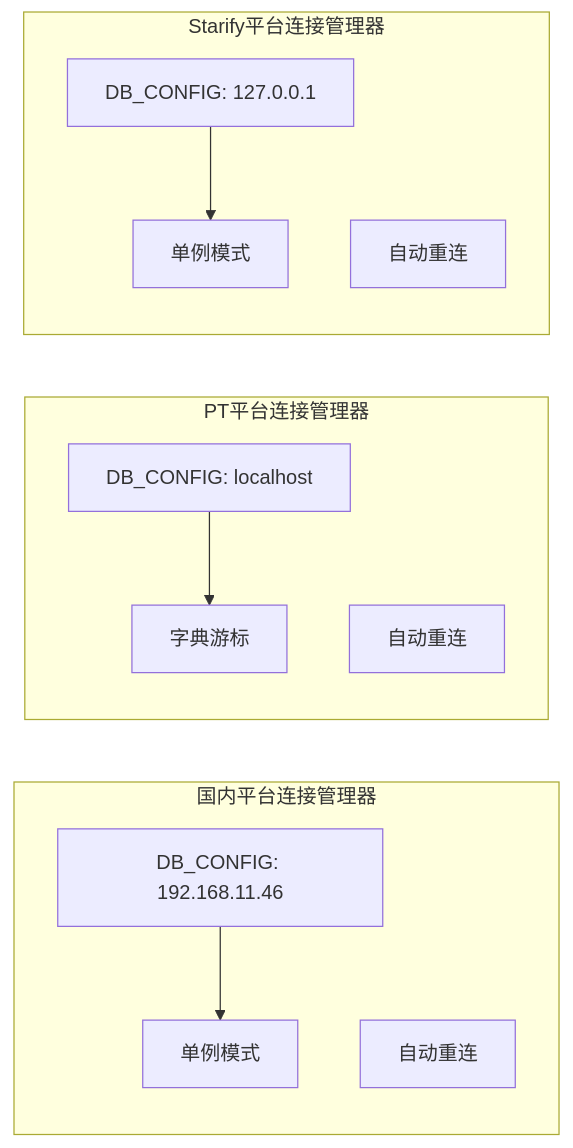
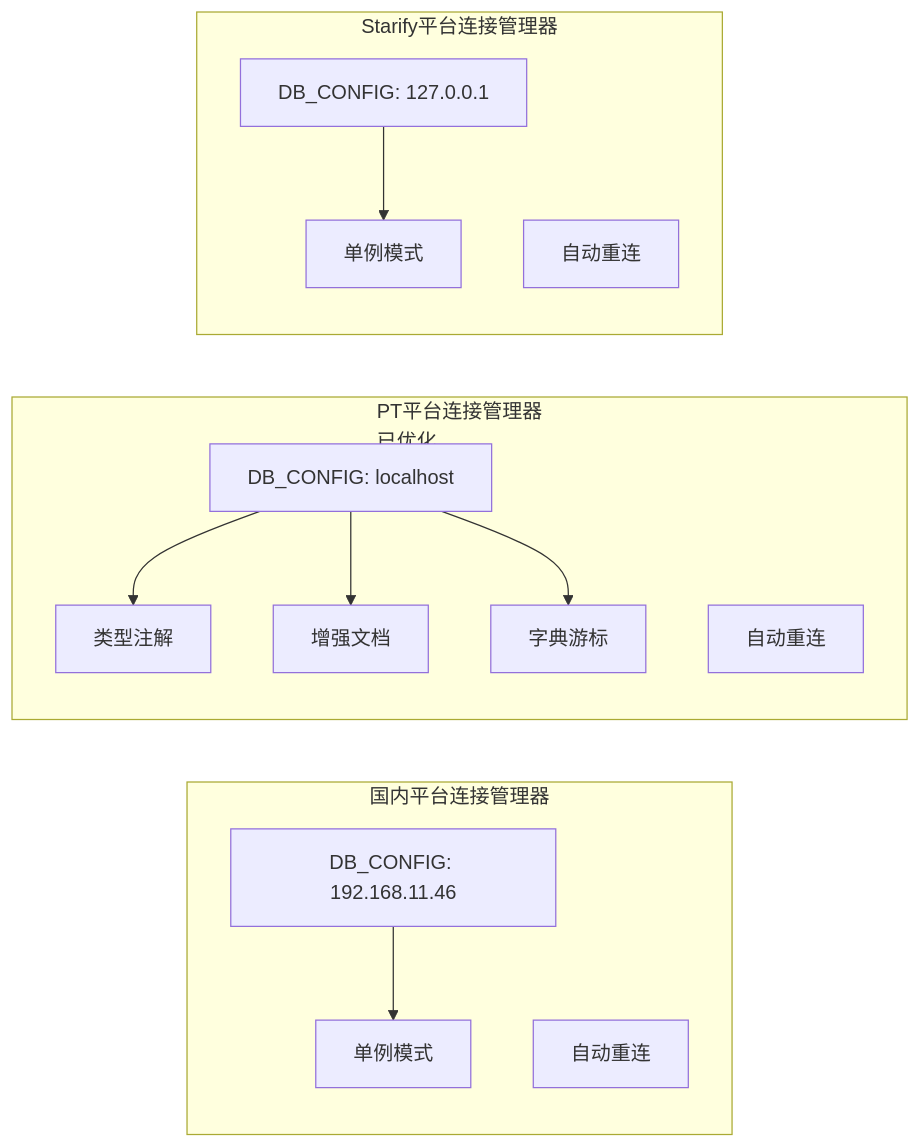
The seventh of 16 diagrams in .qoder/repowiki/zh/content/数据库管理/MySQL连接管理.md (liximing1-ola/qa-payTest), drawn with Mermaid before and after one commit. The commit also changed other lines of this file and 3 other files, not shown here.

````diff
--- a/.qoder/repowiki/zh/content/数据库管理/MySQL连接管理.md
+++ b/.qoder/repowiki/zh/content/数据库管理/MySQL连接管理.md
@@ -294,21 +294,25 @@
 ```mermaid
 graph LR
 subgraph "国内平台连接管理器"
 DOM_CONFIG[DB_CONFIG: 192.168.11.46]
 DOM_SINGLE[单例模式]
 DOM_RECONNECT[自动重连]
 end
-subgraph "PT平台连接管理器"
+subgraph "PT平台连接管理器<br/>已优化"
 PT_CONFIG[DB_CONFIG: localhost]
+PT_TYPED_ANNOTATIONS[类型注解]
+PT_ENHANCED_DOCS[增强文档]
 PT_DICT_CURSOR[字典游标]
 PT_RECONNECT[自动重连]
 end
 subgraph "Starify平台连接管理器"
 STAR_CONFIG[DB_CONFIG: 127.0.0.1]
 STAR_SINGLE[单例模式]
 STAR_RECONNECT[自动重连]
 end
 DOM_CONFIG --> DOM_SINGLE
+PT_CONFIG --> PT_TYPED_ANNOTATIONS
+PT_CONFIG --> PT_ENHANCED_DOCS
 PT_CONFIG --> PT_DICT_CURSOR
 STAR_CONFIG --> STAR_SINGLE
 ```
````
